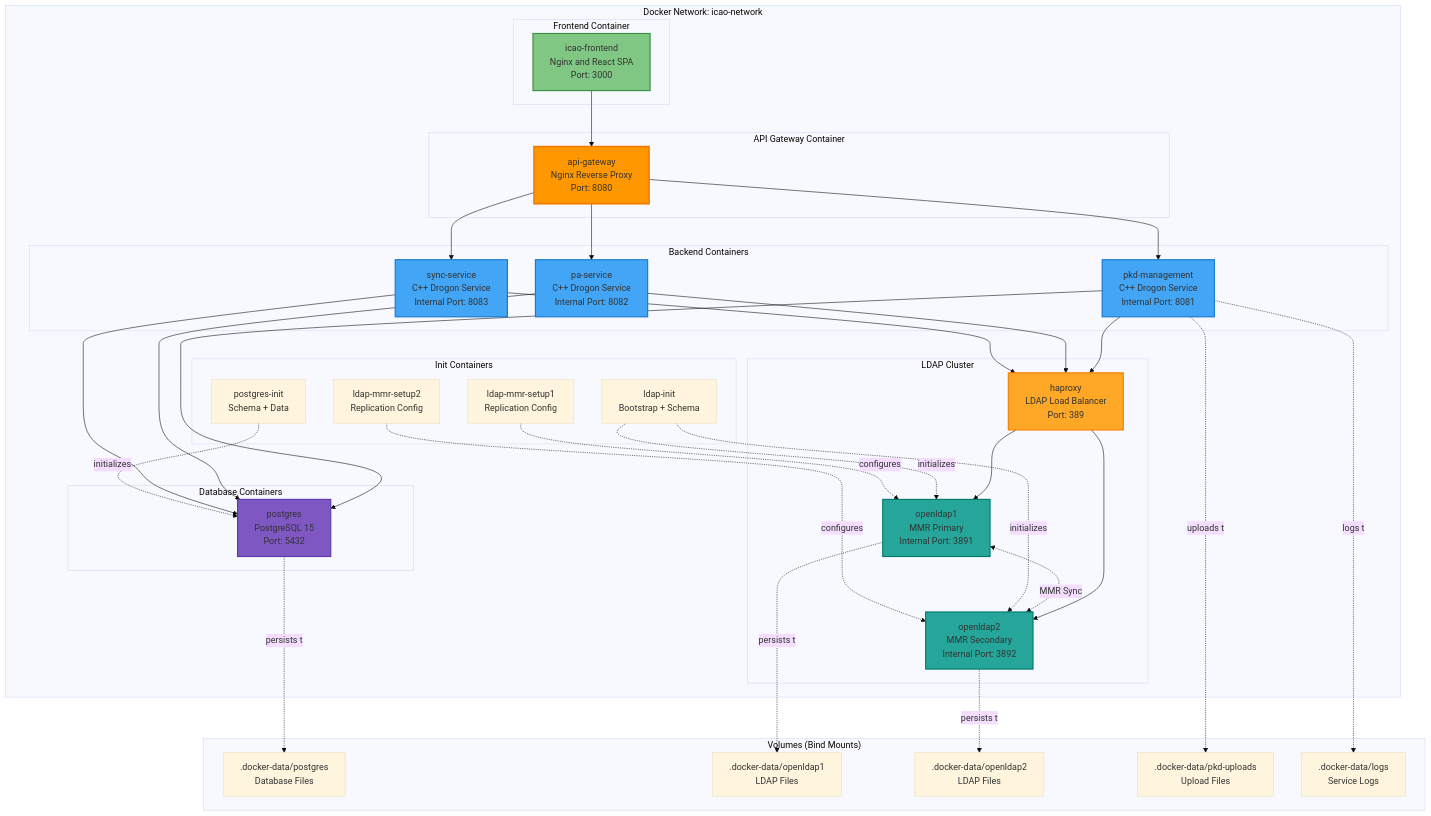
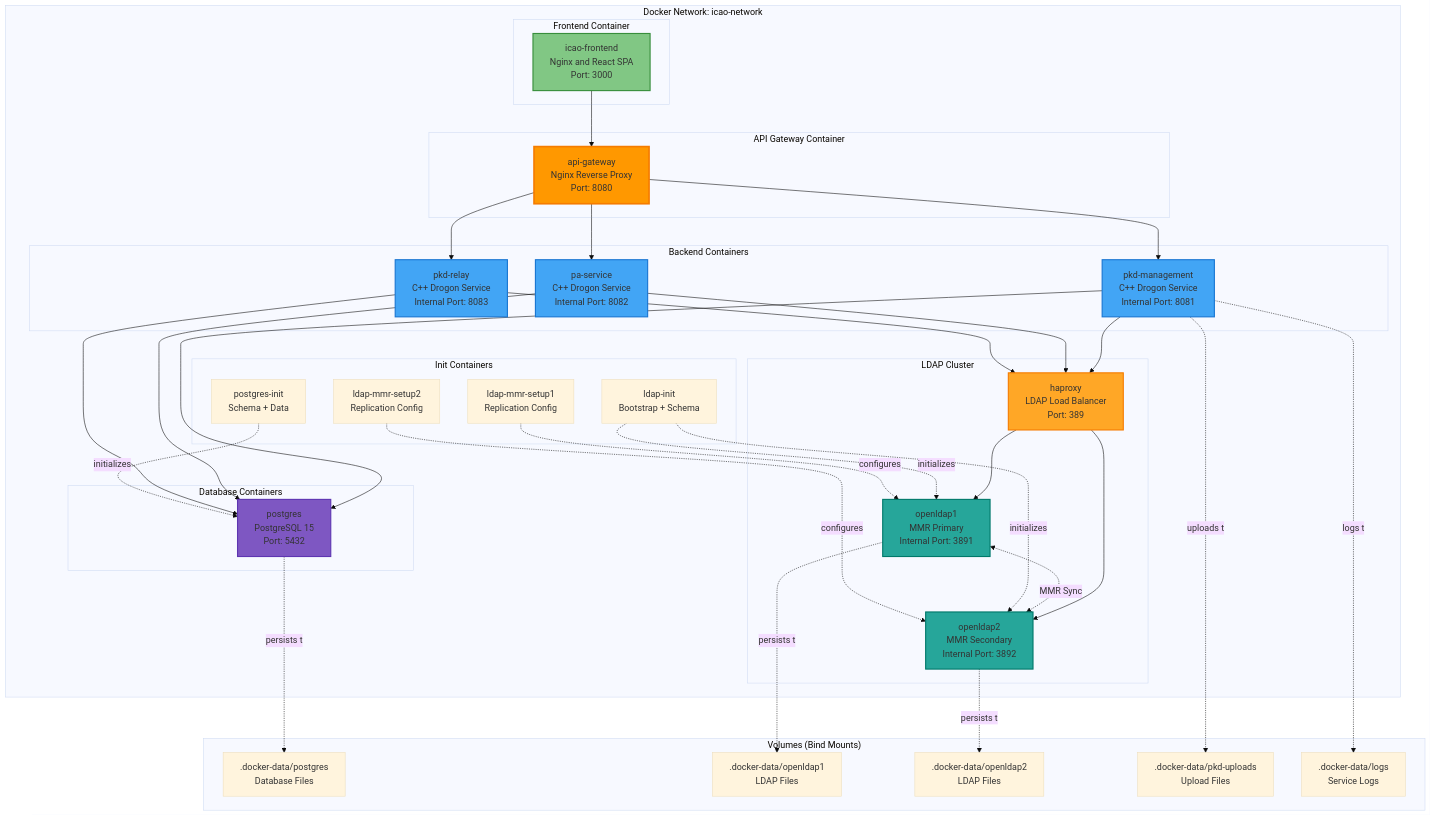
One commit to iland112/icao-local-pkd-cpp changed diagram 13 of 16 in docs/SOFTWARE_ARCHITECTURE.md. Above: the diagram before and after it, drawn with Mermaid (base theme). The commit also changed other lines of this file and 1 other file, not shown here.

First line of the commit message:
docs: Update SOFTWARE_ARCHITECTURE.md to v2.0.0 - Reflect PKD Relay Service separation

```diff
--- a/docs/SOFTWARE_ARCHITECTURE.md
+++ b/docs/SOFTWARE_ARCHITECTURE.md
@@ -889,7 +982,7 @@
         subgraph "Backend Containers"
             PKD[pkd-management<br/>C++ Drogon Service<br/>Internal Port: 8081]
             PA[pa-service<br/>C++ Drogon Service<br/>Internal Port: 8082]
-            Sync[sync-service<br/>C++ Drogon Service<br/>Internal Port: 8083]
+            Relay[pkd-relay<br/>C++ Drogon Service<br/>Internal Port: 8083]
         end
 
         subgraph "Database Containers"
@@ -921,15 +1014,15 @@
     Frontend --> APIGateway
     APIGateway --> PKD
     APIGateway --> PA
-    APIGateway --> Sync
+    APIGateway --> Relay
 
     PKD --> PG
     PA --> PG
-    Sync --> PG
+    Relay --> PG
 
     PKD --> HAProxy
     PA --> HAProxy
-    Sync --> HAProxy
+    Relay --> HAProxy
 
     HAProxy --> LDAP1
     HAProxy --> LDAP2
@@ -952,7 +1045,7 @@
     style APIGateway fill:#FF9800,stroke:#F57C00,stroke-width:3px
     style PKD fill:#42A5F5,stroke:#1976D2,stroke-width:2px
     style PA fill:#42A5F5,stroke:#1976D2,stroke-width:2px
-    style Sync fill:#42A5F5,stroke:#1976D2,stroke-width:2px
+    style Relay fill:#42A5F5,stroke:#1976D2,stroke-width:2px
     style PG fill:#7E57C2,stroke:#5E35B1,stroke-width:2px
     style LDAP1 fill:#26A69A,stroke:#00796B,stroke-width:2px
     style LDAP2 fill:#26A69A,stroke:#00796B,stroke-width:2px
```
